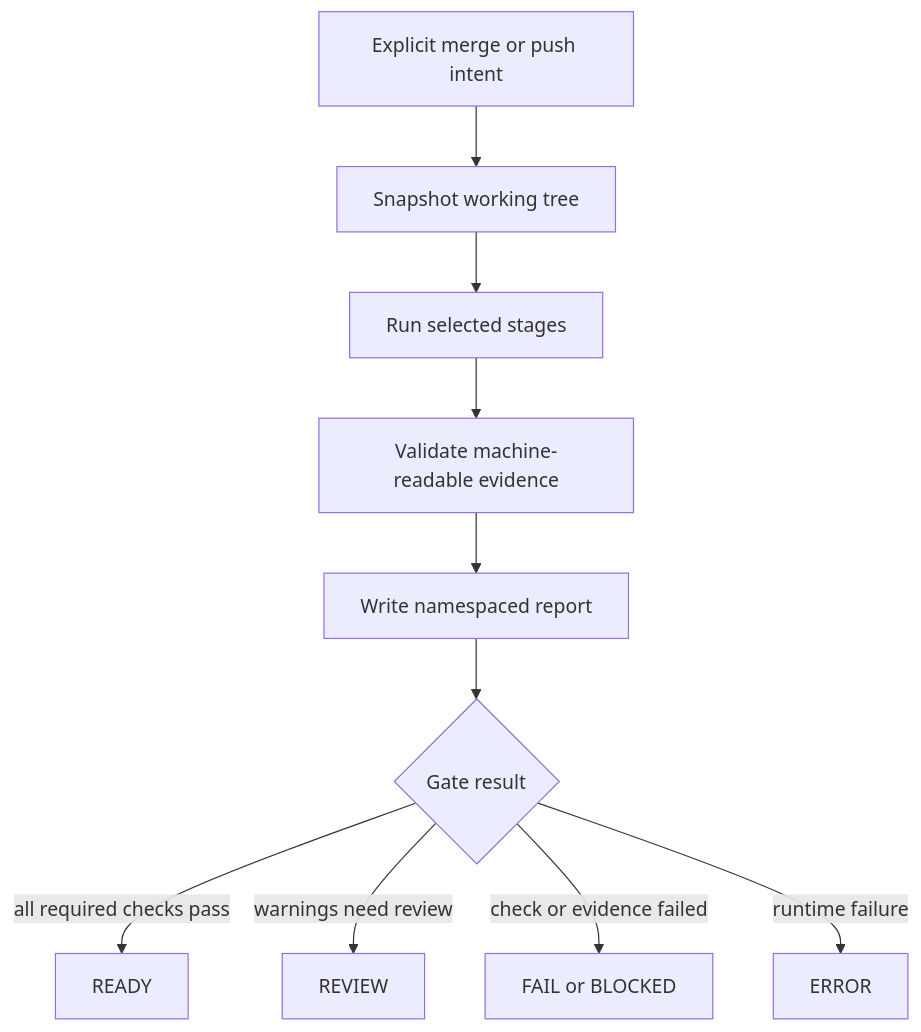
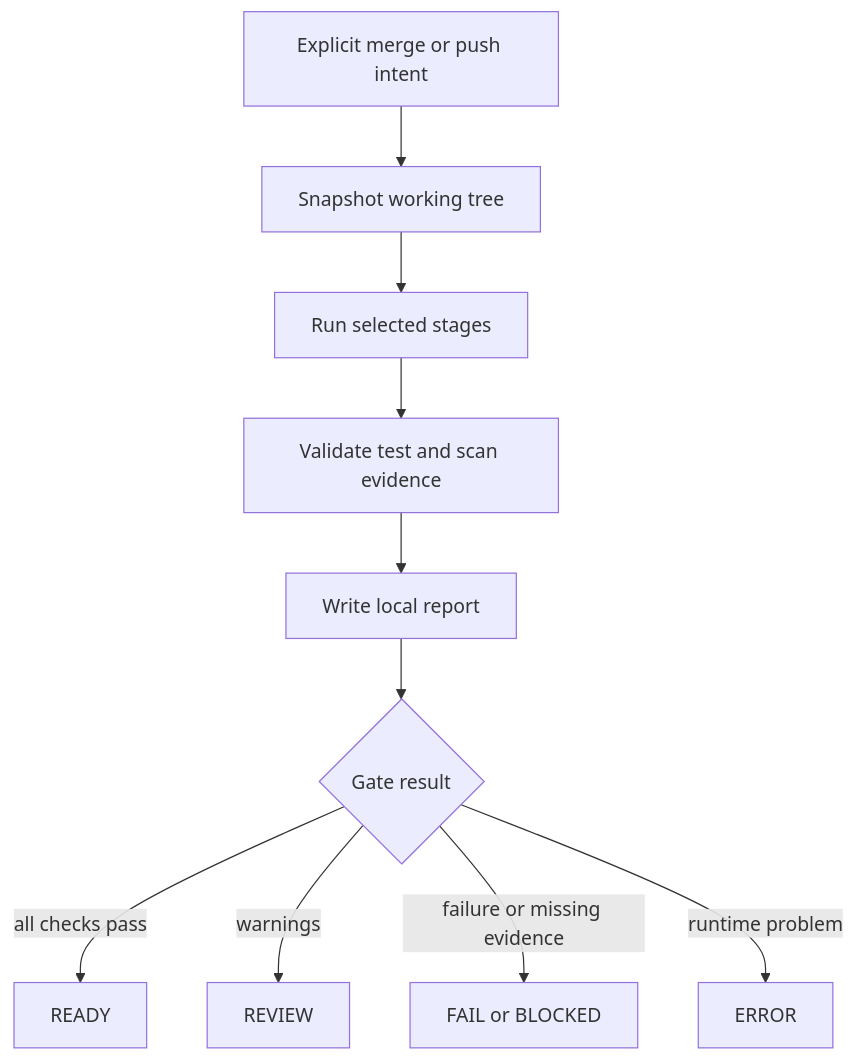
Before and after one commit to CodePawfect/local-ci-harness: the diagram in README.md, drawn with Mermaid. The commit also changed other lines of this file and 5 other files, not shown here.

````diff
--- a/README.md
+++ b/README.md
@@ -21,12 +21,12 @@
 ```mermaid
 flowchart TD
     A[Explicit merge or push intent] --> B[Snapshot working tree]
     B --> C[Run selected stages]
-    C --> D[Validate machine-readable evidence]
-    D --> E[Write namespaced report]
+    C --> D[Validate test and scan evidence]
+    D --> E[Write local report]
     E --> F{Gate result}
-    F -->|all required checks pass| G[READY]
-    F -->|warnings need review| H[REVIEW]
-    F -->|check or evidence failed| I[FAIL or BLOCKED]
-    F -->|runtime failure| J[ERROR]
+    F -->|all checks pass| G[READY]
+    F -->|warnings| H[REVIEW]
+    F -->|failure or missing evidence| I[FAIL or BLOCKED]
+    F -->|runtime problem| J[ERROR]
 ```
````
